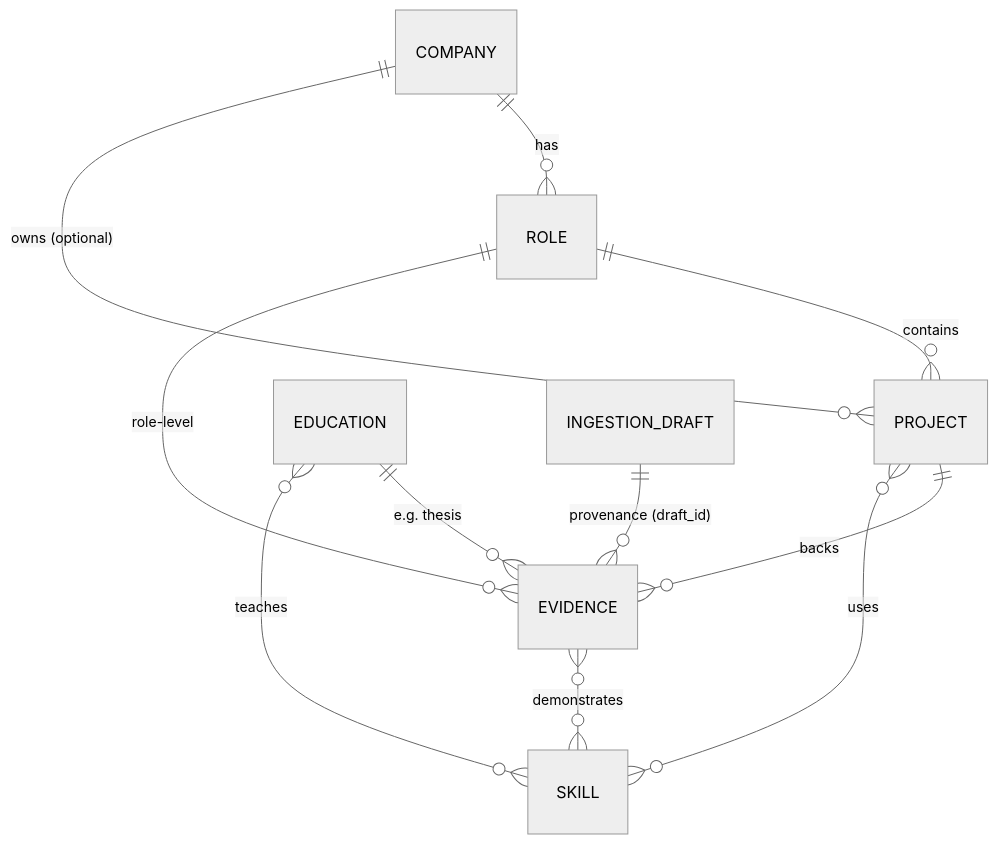
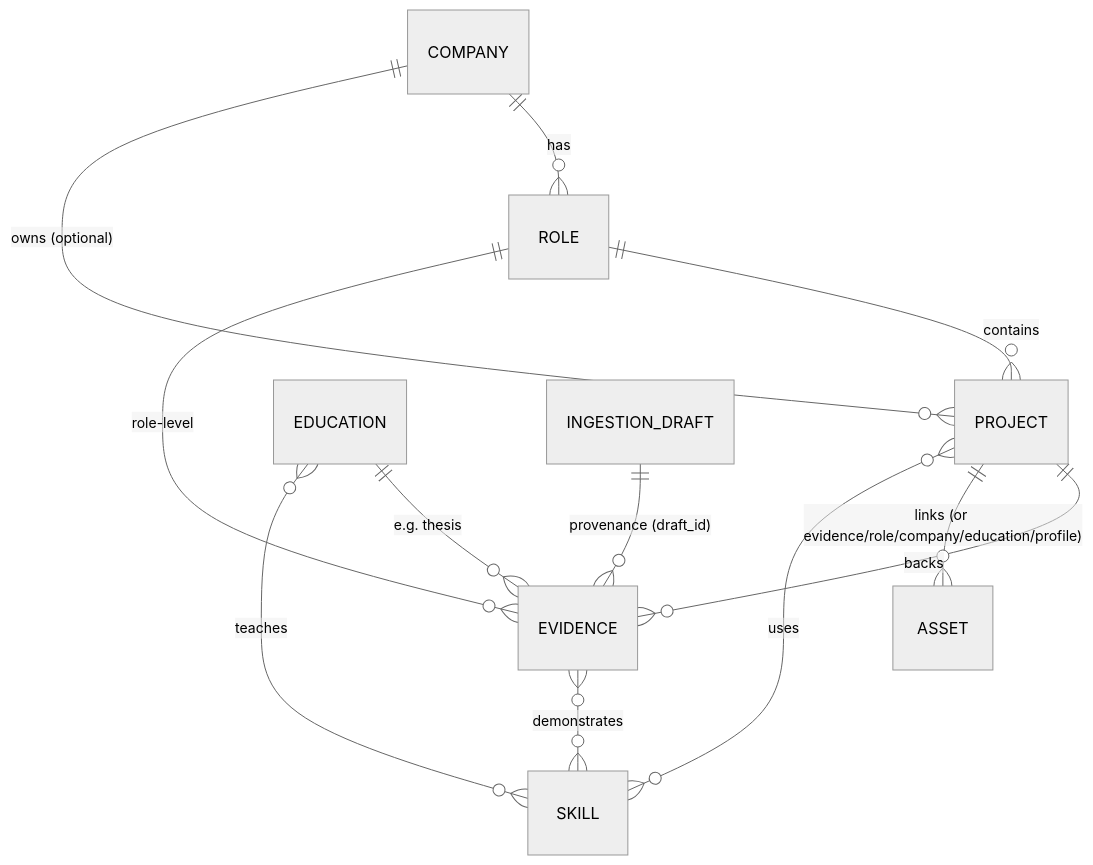
The second of 2 diagrams in README.md (LILQK/ethancvrag), drawn with Mermaid (neutral theme) before and after one commit. The commit also changed other lines of this file and 5 other files, not shown here.

````diff
--- a/README.md
+++ b/README.md
@@ -56,13 +56,14 @@
 ```mermaid
 erDiagram
   COMPANY ||--o{ ROLE : has
   ROLE ||--o{ PROJECT : contains
   COMPANY ||--o{ PROJECT : "owns (optional)"
   PROJECT ||--o{ EVIDENCE : backs
   ROLE ||--o{ EVIDENCE : "role-level"
   EDUCATION ||--o{ EVIDENCE : "e.g. thesis"
   EVIDENCE }o--o{ SKILL : demonstrates
+  PROJECT ||--o{ ASSET : "links (or evidence/role/company/education/profile)"
   PROJECT }o--o{ SKILL : uses
   EDUCATION }o--o{ SKILL : teaches
   INGESTION_DRAFT ||--o{ EVIDENCE : "provenance (draft_id)"
 ```
````
